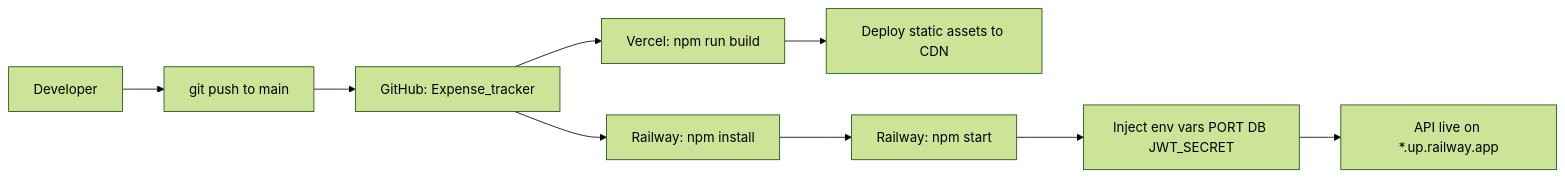
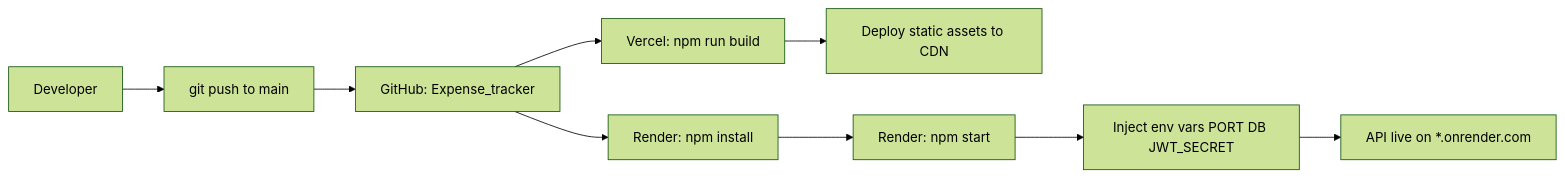
Before and after one commit to ShamindaKanchana/Expense_tracker: the fourth of 4 diagrams in docs/deployment/architecture.md, drawn with Mermaid (forest theme). The commit also changed other lines of this file and 2 other files, not shown here.

First line of the commit message:
docs(sec): sync security/architecture/SRS with prod reality 2026-10-11

````diff
--- a/docs/deployment/architecture.md
+++ b/docs/deployment/architecture.md
@@ -183,13 +185,13 @@
 ```mermaid
 flowchart LR
     Dev["Developer"] --> Push["git push to main"]
     Push --> GH["GitHub: Expense_tracker"]
 
     GH --> VBuild["Vercel: npm run build"]
     VBuild --> VCDN["Deploy static assets to CDN"]
 
-    GH --> RBuild["Railway: npm install"]
-    RBuild --> RRun["Railway: npm start"]
+    GH --> RBuild["Render: npm install"]
+    RBuild --> RRun["Render: npm start"]
     RRun --> REnv["Inject env vars PORT DB JWT_SECRET"]
-    REnv --> APIUp["API live on *.up.railway.app"]
+    REnv --> APIUp["API live on *.onrender.com"]
 ```
````
